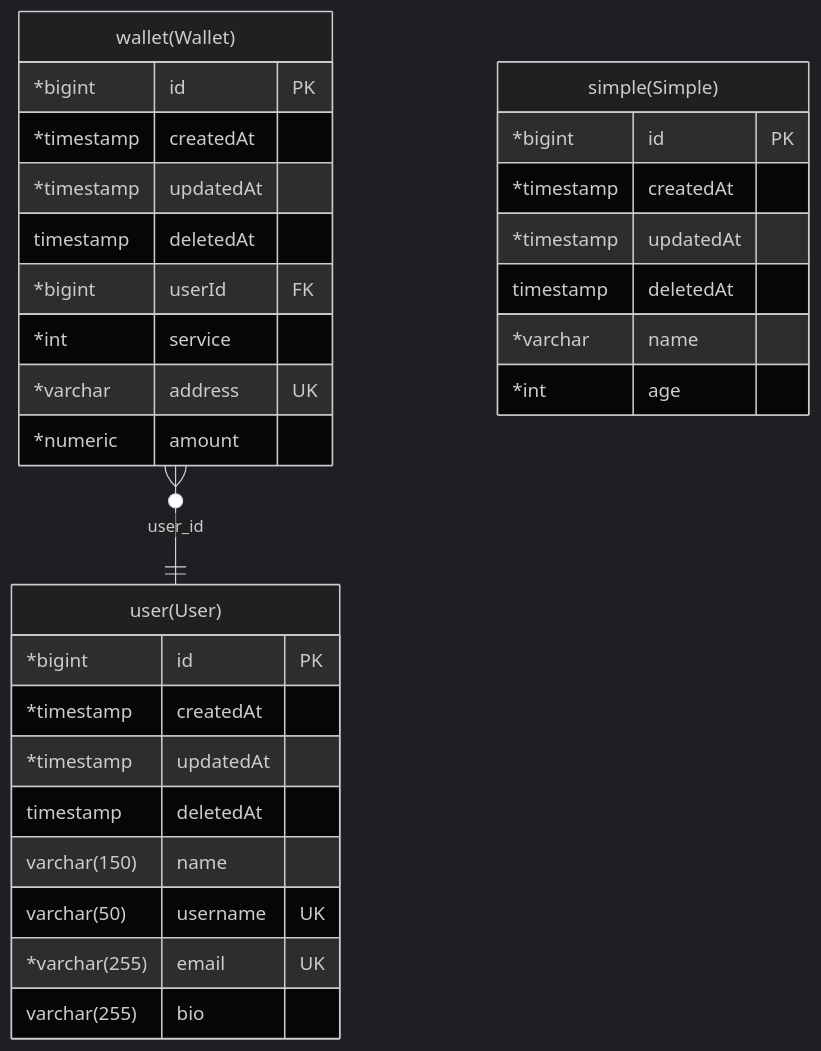
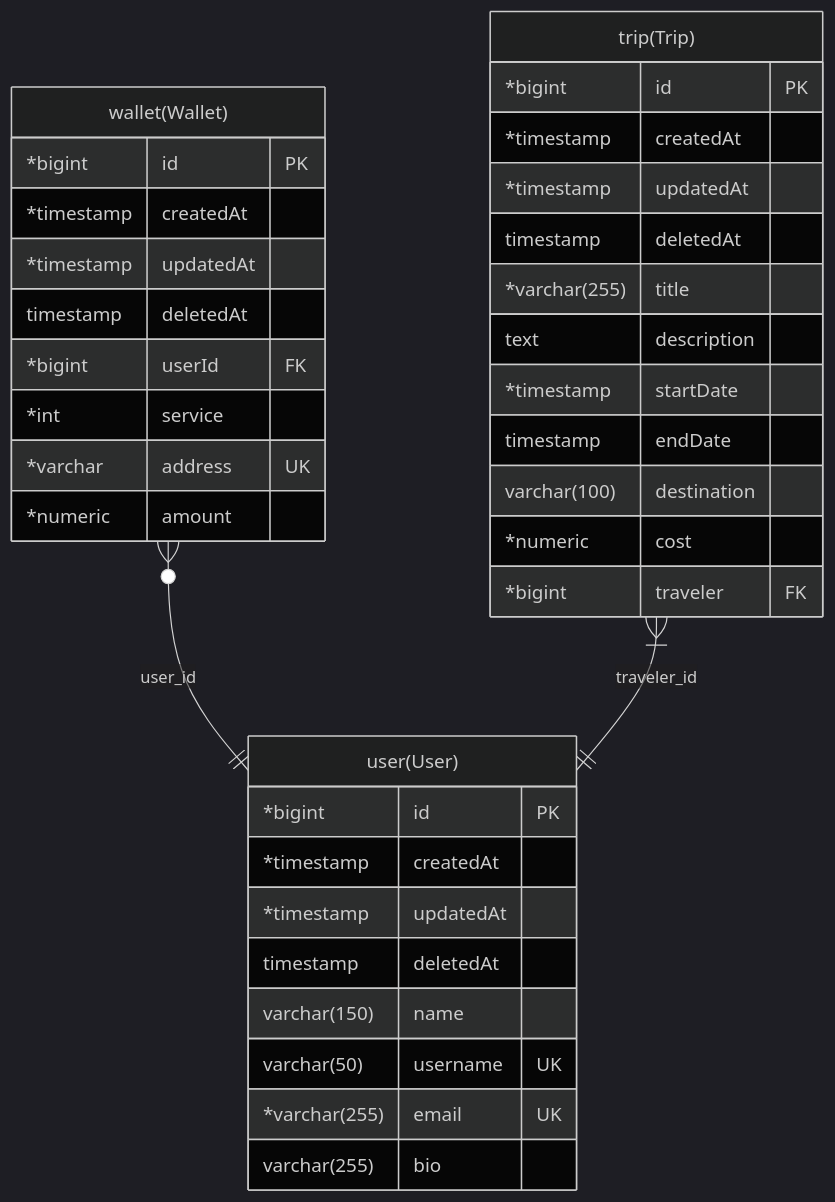
One commit to hygison/json-api-usage changed the diagram in root.md. Above: the diagram before and after it, drawn with Mermaid. The commit also changed other lines of this file and 6 other files, not shown here.

Commit message:
refactor: mermaid and entities

````diff
--- a/root.md
+++ b/root.md
@@ -71,47 +76,50 @@
 ```mermaid
 %%{init: {'theme':'dark'}}%%
 
 erDiagram
-
-
-"user(User)" {
-  *bigint id    PK
-  *timestamp createdAt
-  *timestamp updatedAt
-  timestamp deletedAt
-  varchar(150) name
-  varchar(50) username    UK
-  *varchar(255) email    UK
-  varchar(255) bio
-}
-
-
 
 
 "wallet(Wallet)" {
   *bigint id    PK
   *timestamp createdAt
   *timestamp updatedAt
   timestamp deletedAt
   *bigint userId    FK
   *int service
   *varchar address    UK
   *numeric amount
 }
 
 
 "wallet(Wallet)"  }o  --  ||  "user(User)":  "user_id"
 
 
-"simple(Simple)" {
+"trip(Trip)" {
   *bigint id    PK
   *timestamp createdAt
   *timestamp updatedAt
   timestamp deletedAt
-  *varchar name
-  *int age
+  *varchar(255) title
+  text description
+  *timestamp startDate
+  timestamp endDate
+  varchar(100) destination
+  *numeric cost
+  *bigint traveler    FK
 }
 
 
+"trip(Trip)"  }|  --  ||  "user(User)":  "traveler_id"
 
+
+"user(User)" {
+  *bigint id    PK
+  *timestamp createdAt
+  *timestamp updatedAt
+  timestamp deletedAt
+  varchar(150) name
+  varchar(50) username    UK
+  *varchar(255) email    UK
+  varchar(255) bio
+}
 ```
````
